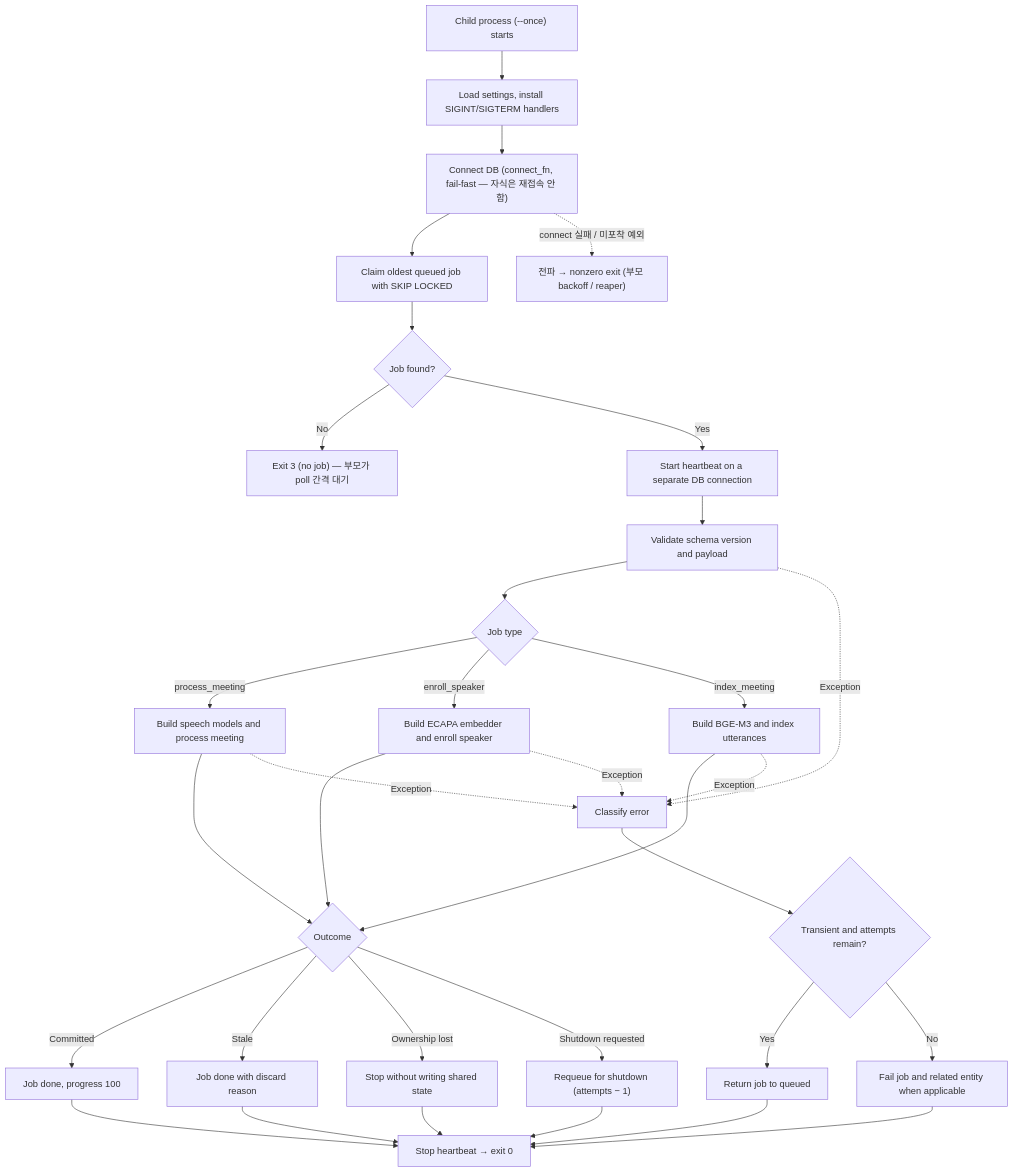
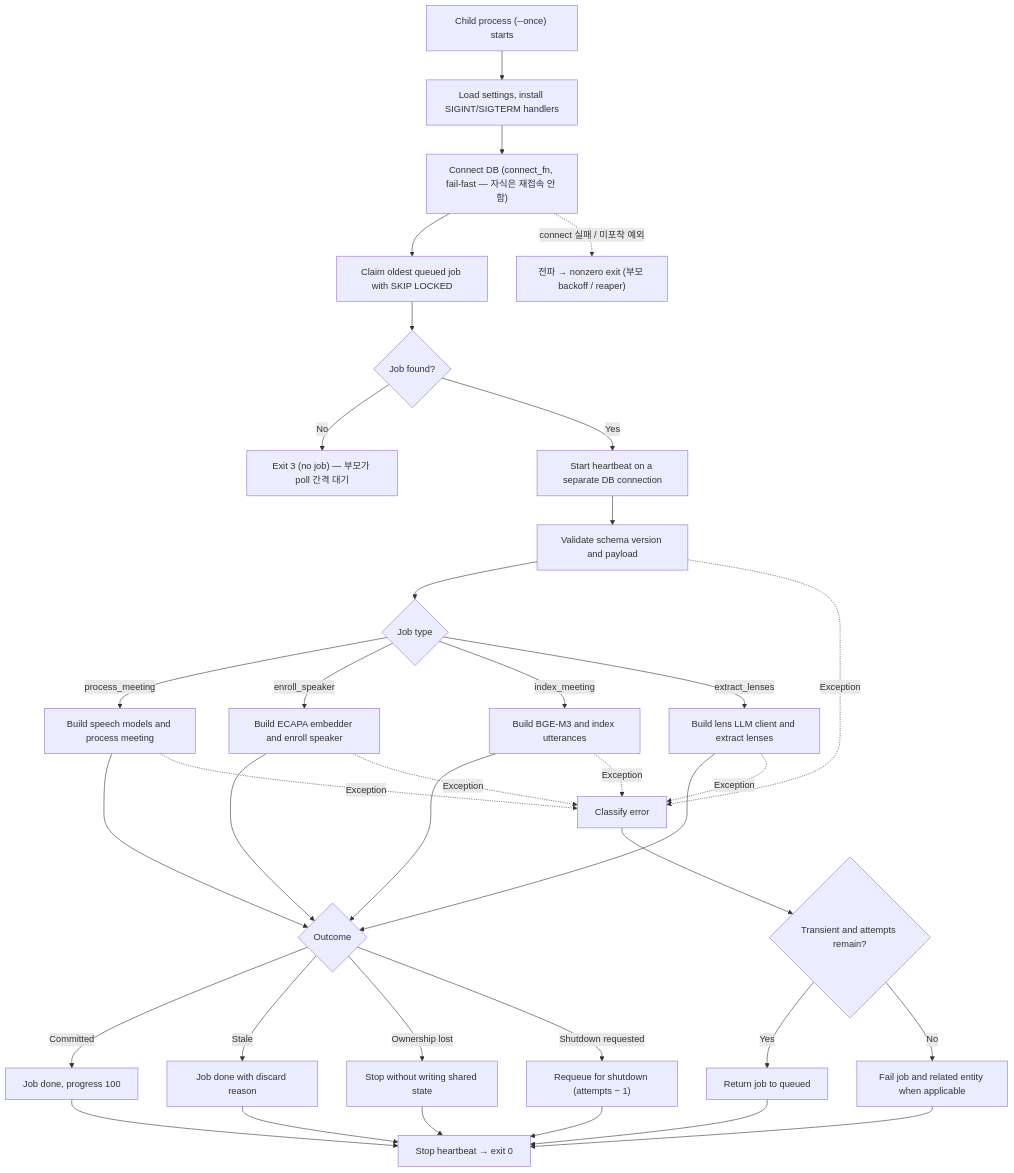
The second of 8 diagrams in be/docs/worker-architecture.md (Yjason-K/Damwha), drawn with Mermaid before and after one commit. The commit also changed other lines of this file, not shown here.

Commit message:
docs: document extract_lenses job in worker architecture (pre-existing working-tree update)

````diff
--- a/be/docs/worker-architecture.md
+++ b/be/docs/worker-architecture.md
@@ -104,41 +107,44 @@
 ```mermaid
 flowchart TD
     start["Child process (--once) starts"] --> load["Load settings, install SIGINT/SIGTERM handlers"]
     load --> connect["Connect DB (connect_fn, fail-fast — 자식은 재접속 안 함)"]
     connect --> claim["Claim oldest queued job with SKIP LOCKED"]
     claim --> found{"Job found?"}
     found -->|"No"| exit3["Exit 3 (no job) — 부모가 poll 간격 대기"]
     found -->|"Yes"| beat["Start heartbeat on a separate DB connection"]
     beat --> validate["Validate schema version and payload"]
     validate --> route{"Job type"}
 
     route -->|"process_meeting"| process["Build speech models and process meeting"]
     route -->|"enroll_speaker"| enroll["Build ECAPA embedder and enroll speaker"]
     route -->|"index_meeting"| index["Build BGE-M3 and index utterances"]
+    route -->|"extract_lenses"| lenses["Build lens LLM client and extract lenses"]
 
     process --> outcome{"Outcome"}
     enroll --> outcome
     index --> outcome
+    lenses --> outcome
 
     outcome -->|"Committed"| done["Job done, progress 100"]
     outcome -->|"Stale"| discarded["Job done with discard reason"]
     outcome -->|"Ownership lost"| lost["Stop without writing shared state"]
     outcome -->|"Shutdown requested"| shutReq["Requeue for shutdown (attempts − 1)"]
 
     validate -.->|"Exception"| classify["Classify error"]
     process -.->|"Exception"| classify
     enroll -.->|"Exception"| classify
     index -.->|"Exception"| classify
+    lenses -.->|"Exception"| classify
     classify --> retry{"Transient and attempts remain?"}
     retry -->|"Yes"| requeue["Return job to queued"]
     retry -->|"No"| failed["Fail job and related entity when applicable"]
 
     done --> exit0["Stop heartbeat → exit 0"]
     discarded --> exit0
     lost --> exit0
     shutReq --> exit0
     requeue --> exit0
     failed --> exit0
 
     connect -.->|"connect 실패 / 미포착 예외"| crash["전파 → nonzero exit (부모 backoff / reaper)"]
 ```
````
